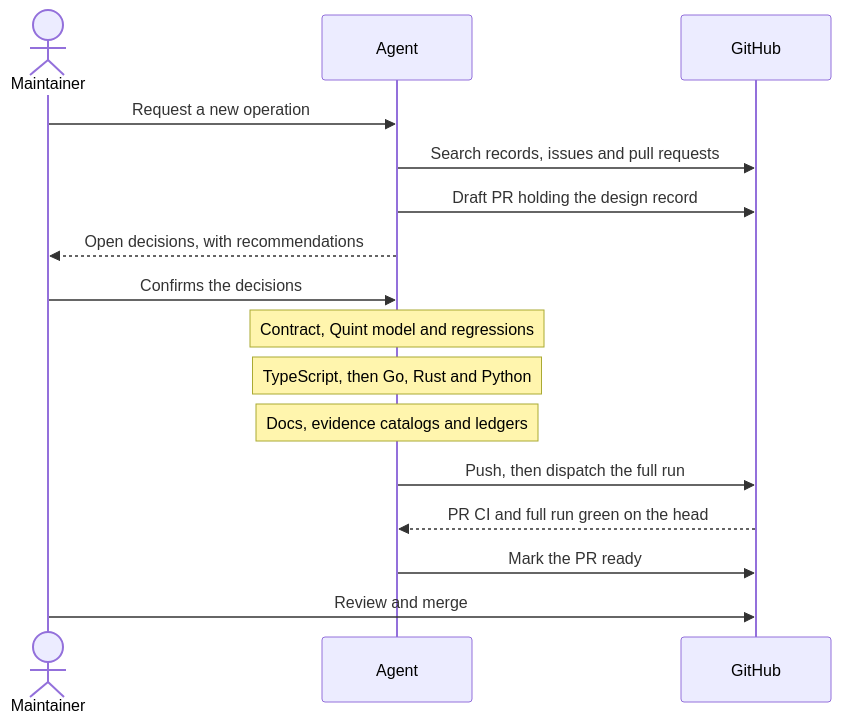
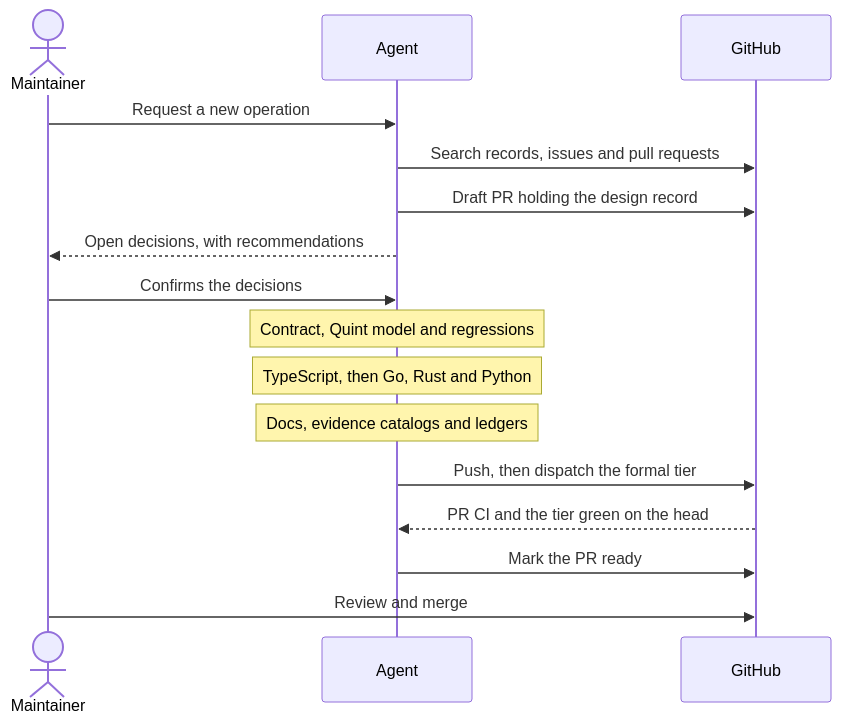
The fourth of 4 diagrams in DEVELOPMENT_PROCESS.md (lan17/DialCache), drawn with Mermaid before and after one commit. The commit also changed other lines of this file and 7 other files, not shown here.

````diff
--- a/DEVELOPMENT_PROCESS.md
+++ b/DEVELOPMENT_PROCESS.md
@@ -188,18 +200,18 @@
 ```mermaid
 sequenceDiagram
   actor M as Maintainer
   participant A as Agent
   participant G as GitHub
   M->>A: Request a new operation
   A->>G: Search records, issues and pull requests
   A->>G: Draft PR holding the design record
   A-->>M: Open decisions, with recommendations
   M->>A: Confirms the decisions
   Note over A: Contract, Quint model and regressions
   Note over A: TypeScript, then Go, Rust and Python
   Note over A: Docs, evidence catalogs and ledgers
-  A->>G: Push, then dispatch the full run
-  G-->>A: PR CI and full run green on the head
+  A->>G: Push, then dispatch the formal tier
+  G-->>A: PR CI and the tier green on the head
   A->>G: Mark the PR ready
   M->>G: Review and merge
 ```
````
